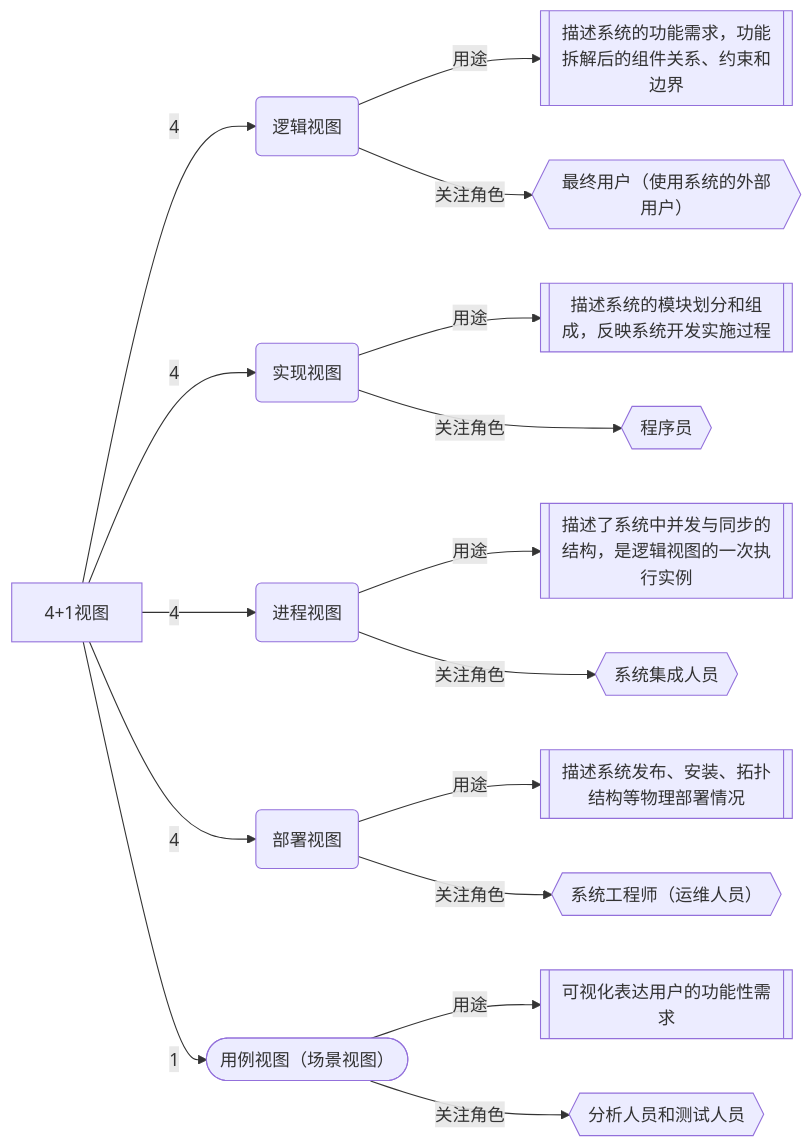
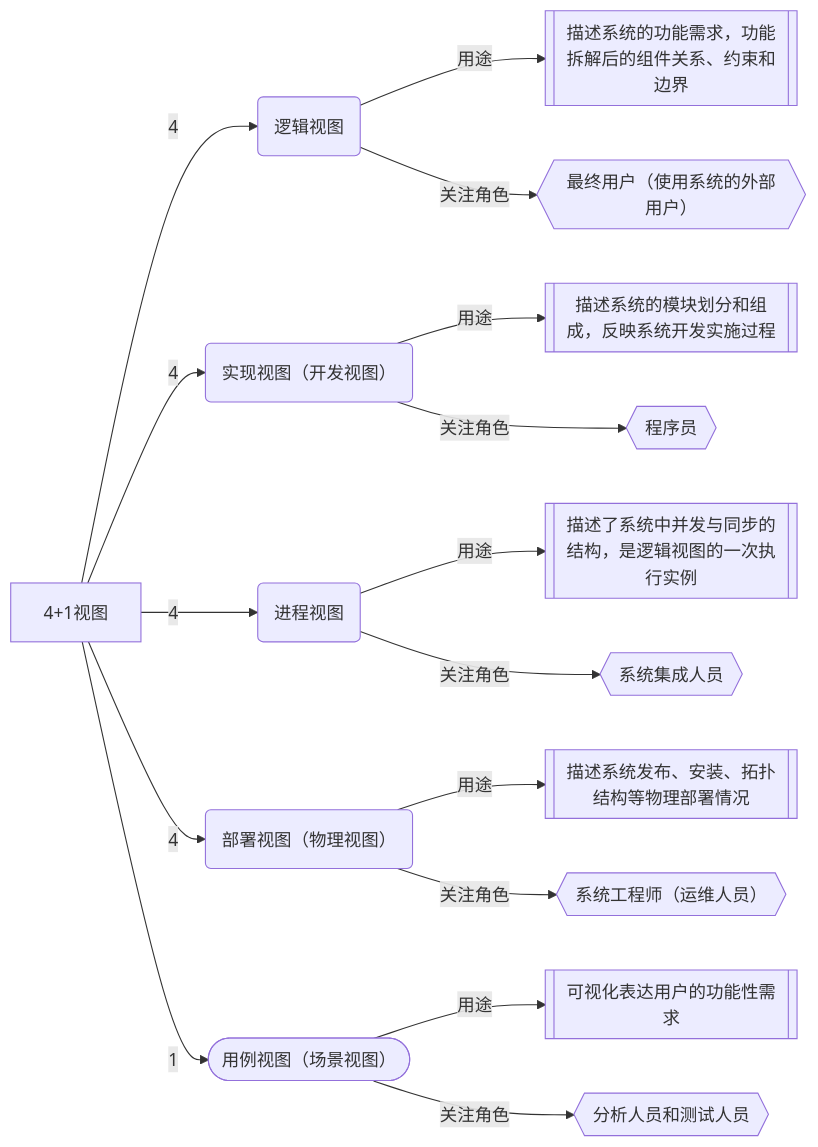
The first of 2 diagrams in 软考复习/RUP-4+1视图.md (290044632/bookmark), drawn with Mermaid before and after one commit.

Commit message:
更新文档

````diff
--- a/软考复习/RUP-4+1视图.md
+++ b/软考复习/RUP-4+1视图.md
@@ -9,19 +9,19 @@
 ```mermaid
 flowchart LR
 A["4+1视图"]
 A-->|4|B("逻辑视图")
 B-->|用途|B1[["描述系统的功能需求，功能拆解后的组件关系、约束和边界"]]
 B-->|关注角色|B2{{"最终用户（使用系统的外部用户）"}}
-A-->|4|C("实现视图")
+A-->|4|C("实现视图（开发视图）")
 C-->|用途|C1[["描述系统的模块划分和组成，反映系统开发实施过程"]]
 C-->|关注角色|C2{{"程序员"}}
 A-->|4|D("进程视图")
 D-->|用途|D1[["描述了系统中并发与同步的结构，是逻辑视图的一次执行实例"]]
 D-->|关注角色|D2{{"系统集成人员"}}
-A-->|4|E("部署视图")
+A-->|4|E("部署视图（物理视图）")
 E-->|用途|E1[["描述系统发布、安装、拓扑结构等物理部署情况"]]
 E-->|关注角色|E2{{"系统工程师（运维人员）"}}
 A-->|1|F(["用例视图（场景视图）"])
 F-->|用途|F1[["可视化表达用户的功能性需求"]]
 F-->|关注角色|F2{{"分析人员和测试人员"}}
 ```
````
